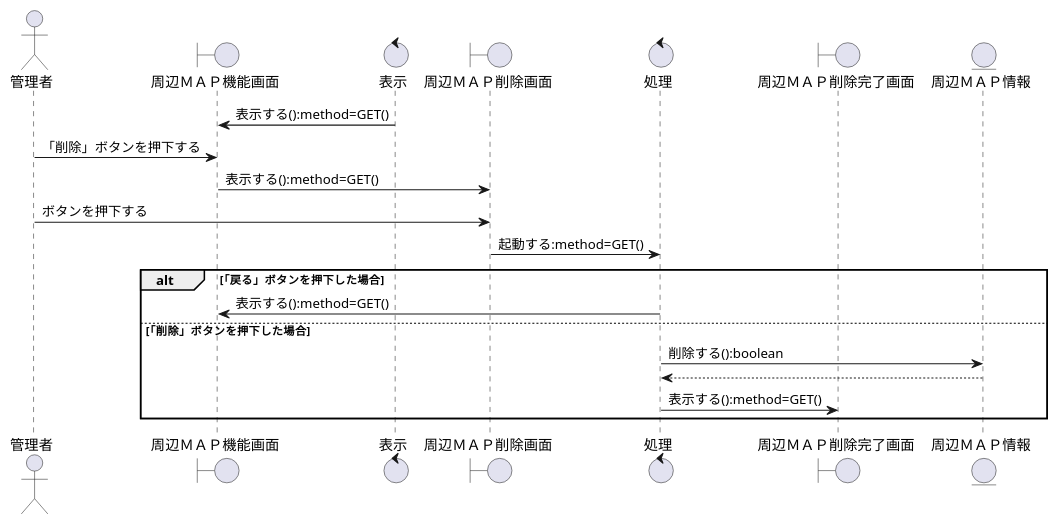
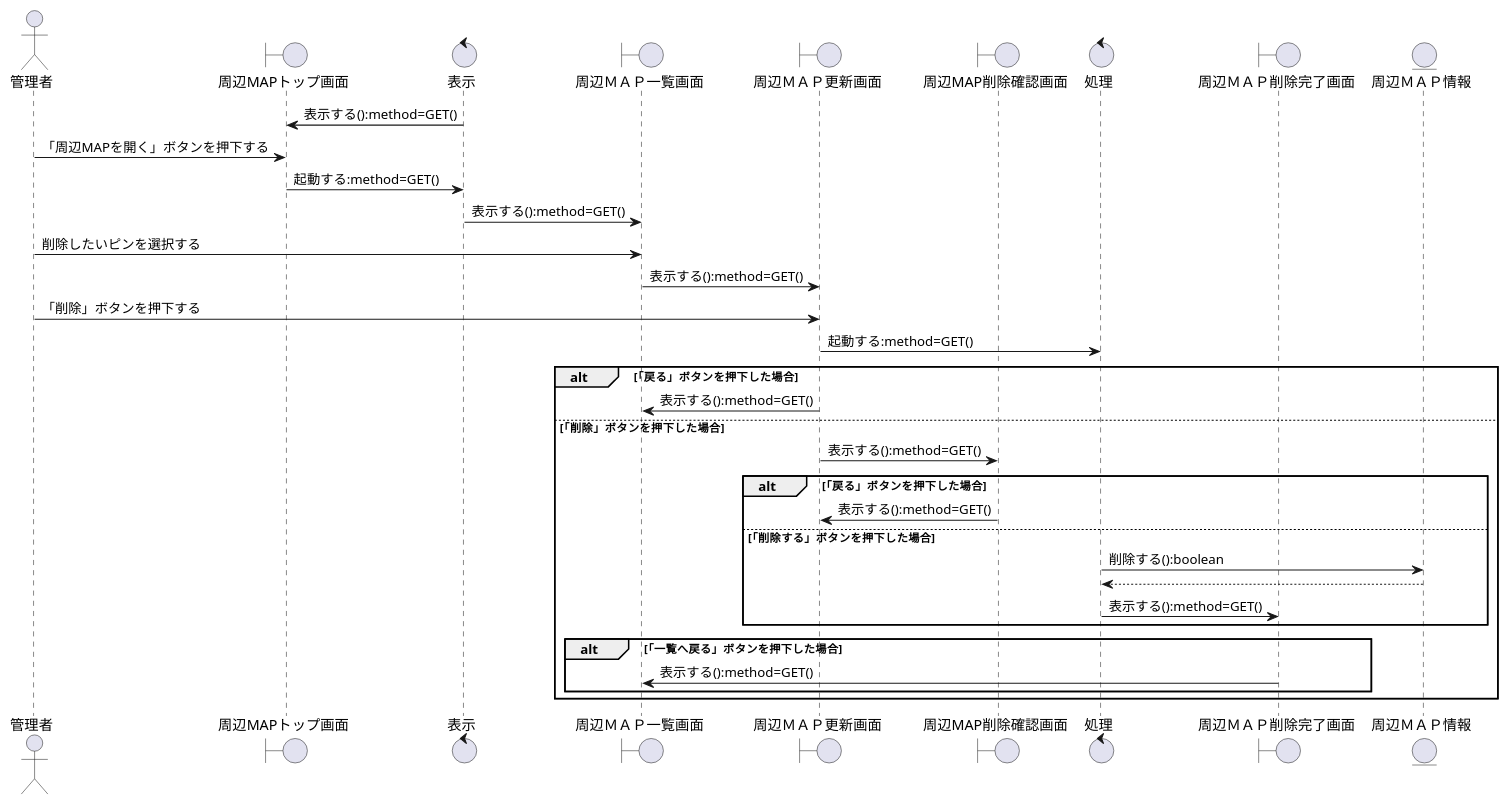
Before and after one commit to K-Rinrin/GroupE: the diagram in お城/お城/設計書/シーケンス図/管理者/周辺MAP機能/シーケンス図_管理者がお城の周辺情報の削除をする.pu, drawn with PlantUML. The commit also changed 3 other files, not shown here.

```diff
--- a/お城/お城/設計書/シーケンス図/管理者/周辺MAP機能/シーケンス図_管理者がお城の周辺情報の削除をする.pu
+++ b/お城/お城/設計書/シーケンス図/管理者/周辺MAP機能/シーケンス図_管理者がお城の周辺情報の削除をする.pu
@@ -1,33 +1,47 @@
 @startuml 管理者がお城の周辺情報の削除をする
 
 
 ' ========================================
 ' 登場モノの定義
 ' ========================================
 actor "管理者" as Admin
-boundary "周辺ＭＡＰ機能画面" as b1
+boundary "周辺MAPトップ画面" as b0
 control "表示" as c1
-boundary "周辺ＭＡＰ削除画面" as b2
+boundary "周辺ＭＡＰ一覧画面" as b1
+boundary "周辺ＭＡＰ更新画面" as b2
+boundary "周辺MAP削除確認画面" as b3
 control "処理" as c2
-boundary "周辺ＭＡＰ削除完了画面" as b3
+boundary "周辺ＭＡＰ削除完了画面" as b4
 entity "周辺ＭＡＰ情報" as e1
 
 ' ========================================
 ' シーケンスの流れ
 ' ========================================
 
+c1 -> b0 : 表示する():method=GET()
+Admin -> b0 : 「周辺MAPを開く」ボタンを押下する
+b0 -> c1 : 起動する:method=GET()
 c1 -> b1 : 表示する():method=GET()
-Admin -> b1 : 「削除」ボタンを押下する
+Admin -> b1 : 削除したいピンを選択する
 b1 -> b2 : 表示する():method=GET()
-Admin -> b2 : ボタンを押下する
+Admin -> b2 : 「削除」ボタンを押下する
 b2 -> c2 : 起動する:method=GET()
 
 alt 「戻る」ボタンを押下した場合
-    c2 -> b1 : 表示する():method=GET()
+    b2 -> b1 : 表示する():method=GET()
 else 「削除」ボタンを押下した場合
-    c2 -> e1 : 削除する():boolean
-    e1 --> c2
-    c2 -> b3: 表示する():method=GET()
+    b2 -> b3: 表示する():method=GET()
+    
+    alt 「戻る」ボタンを押下した場合
+        b3 -> b2 : 表示する():method=GET()
+    else 「削除する」ボタンを押下した場合
+        c2 -> e1 : 削除する():boolean
+        e1 --> c2
+        c2 -> b4: 表示する():method=GET()
+    end
+    alt 「一覧へ戻る」ボタンを押下した場合
+        b4 -> b1 : 表示する():method=GET()
+    end
 end
 
 @enduml
```
